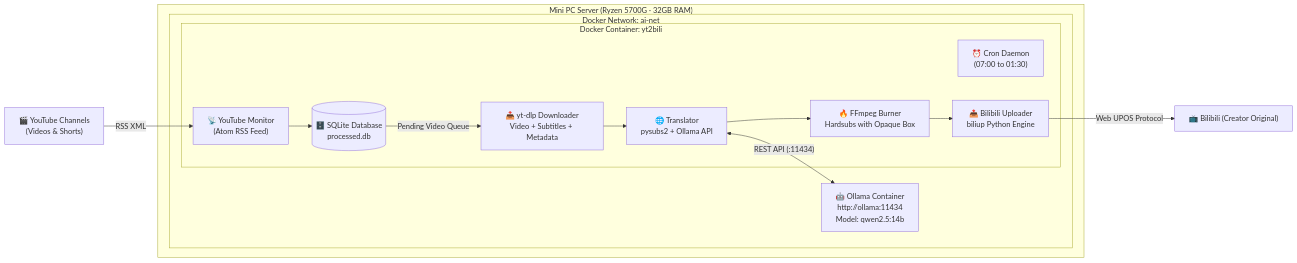
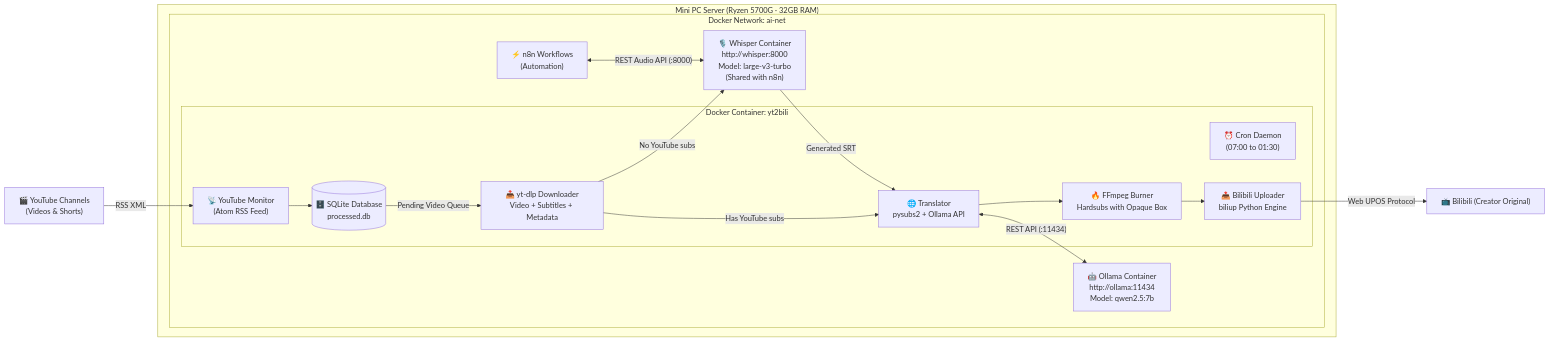
The diagram in README.md (fernandor2/yt2bili), drawn with Mermaid before and after one commit. The commit also changed other lines of this file and 5 other files, not shown here.

````diff
--- a/README.md
+++ b/README.md
@@ -57,27 +61,32 @@
 ```mermaid
 flowchart LR
     subgraph Host["Mini PC Server (Ryzen 5700G · 32GB RAM)"]
         subgraph DockerNet["Docker Network: ai-net"]
-            Ollama["🤖 Ollama Container\nhttp://ollama:11434\nModel: qwen2.5:14b"]
+            Ollama["🤖 Ollama Container\nhttp://ollama:11434\nModel: qwen2.5:7b"]
+            Whisper["🎙️ Whisper Container\nhttp://whisper:8000\nModel: large-v3-turbo\n(Shared with n8n)"]
+            N8N["⚡ n8n Workflows\n(Automation)"]
             
             subgraph YT2BILI["Docker Container: yt2bili"]
                 Cron["⏰ Cron Daemon\n(07:00 to 01:30)"]
                 Monitor["📡 YouTube Monitor\n(Atom RSS Feed)"]
                 DB[("🗄️ SQLite Database\nprocessed.db")]
                 DL["📥 yt-dlp Downloader\nVideo + Subtitles + Metadata"]
                 Trans["🌐 Translator\npysubs2 + Ollama API"]
                 Burn["🔥 FFmpeg Burner\nHardsubs with Opaque Box"]
                 Upload["📤 Bilibili Uploader\nbiliup Python Engine"]
             end
         end
     end
 
     YT["🎬 YouTube Channels\n(Videos & Shorts)"] -->|"RSS XML"| Monitor
     Monitor --> DB
     DB -->|"Pending Video Queue"| DL
-    DL --> Trans
+    DL -->|"No YouTube subs"| Whisper
+    Whisper -->|"Generated SRT"| Trans
+    DL -->|"Has YouTube subs"| Trans
     Trans <-->|"REST API (:11434)"| Ollama
     Trans --> Burn
     Burn --> Upload
     Upload -->|"Web UPOS Protocol"| Bili["📺 Bilibili (Creator Original)"]
+    N8N <-->|"REST Audio API (:8000)"| Whisper
 ```
````
